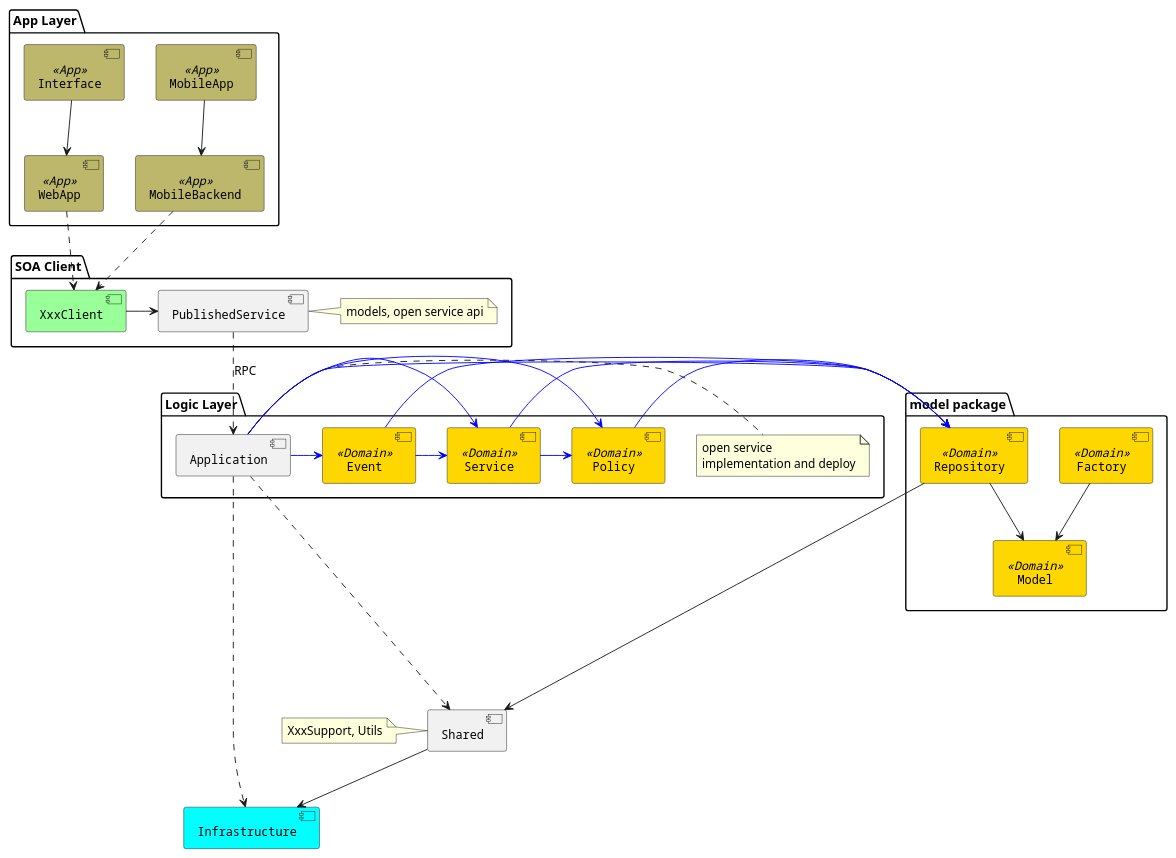
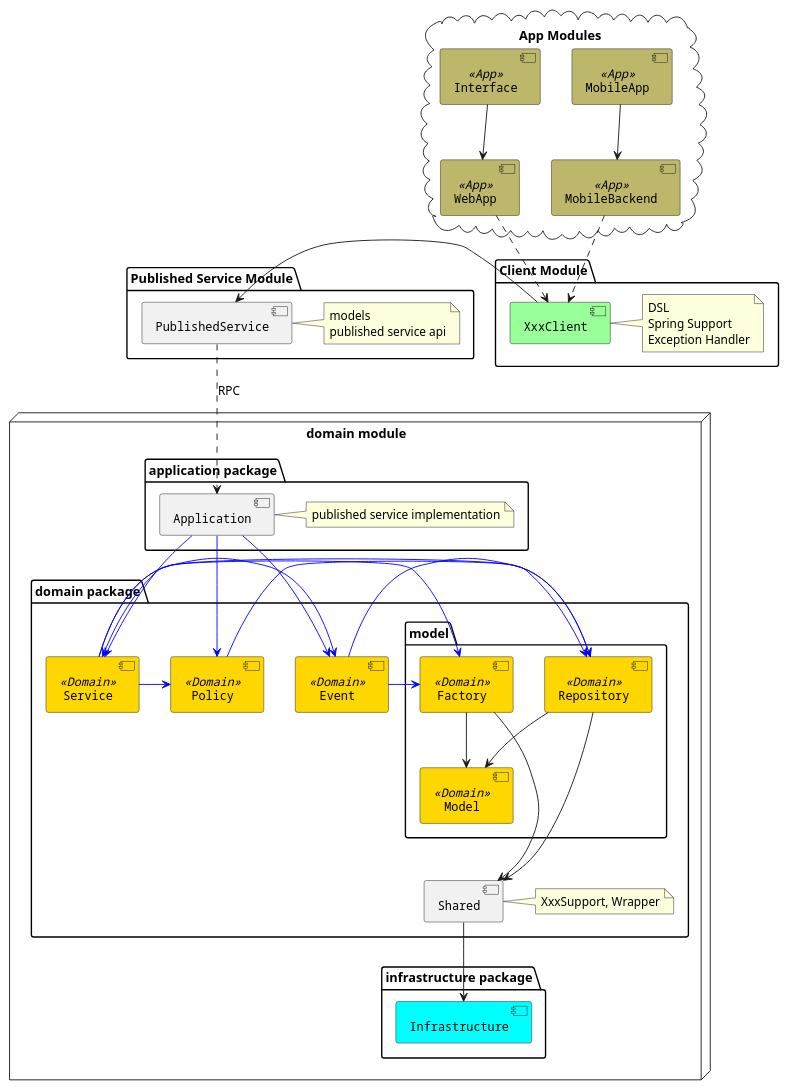
One commit to linux-china/ddd-base changed the diagram in src/main/puml/ddd-components-rpc.puml. Above: the diagram before and after it, drawn with PlantUML.

Commit message:
module splitted

```diff
--- a/src/main/puml/ddd-components-rpc.puml
+++ b/src/main/puml/ddd-components-rpc.puml
@@ -1,63 +1,74 @@
 @startuml
 
-[Infrastructure] #Aqua
-[Shared]
-note left of Shared : XxxSupport, Utils
+node "domain module" {
+    package "domain package"  {
+        package "model" {
+           [Model] <<Domain>>
+           [Repository] <<Domain>>
+           [Factory] <<Domain>>
+        }
+       [Shared]
+        note right of Shared : XxxSupport, Wrapper
+       [Service] <<Domain>>
+       [Event] <<Domain>>
+       [Policy] <<Domain>>
+    }
+    package "application package" {
+      [Application]
+      note right of Application : published service implementation
+    }
+    package "infrastructure package" {
+      [Infrastructure] #Aqua
+    }
+}
+package "Published Service Module" {
+   [PublishedService]
+   note right of PublishedService : models\npublished service api
 
-package "model package" {
-   [Model] <<Domain>>
-   [Repository] <<Domain>>
-   [Factory] <<Domain>>
 }
-package "Logic Layer" {
-   [Service] <<Domain>>
-   [Event] <<Domain>>
-   [Policy] <<Domain>>
-   [Application]
-   note right of Application : open service\nimplementation and deploy
+package "Client Module" {
+   [XxxClient] #99FF99
+   note right of XxxClient : DSL\nSpring Support\nException Handler
+
+   [XxxClient] -> [PublishedService]
 }
 
-package "SOA Client" {
-   [XxxClient] #99FF99
-   [XxxClient] -> [PublishedService]
-   note right of PublishedService : models, open service api
-}
-
-package "App Layer" {
+cloud "App Modules" {
     [WebApp] <<App>>
     [MobileBackend] <<App>>
     [Interface] <<App>>
     [MobileApp] <<App>>
 }
 
 [Shared] --> [Infrastructure]
-[Repository] --> [Shared]
+[Repository] ---> [Shared]
 [Repository] --> [Model]
+[Factory] ---> [Shared]
+[Service] -[#0000FF]> [Factory]
 [Service] -[#0000FF]> [Repository]
 [Service] -[#0000FF]> [Policy]
 [Policy] -[#0000FF]> [Repository]
 [Factory] --> [Model]
-[Event] -[#0000FF]> [Service]
+[Event] -[#0000FF]> [Factory]
+[Event] <-[#0000FF]> [Service]
 [Event] -[#0000FF]> [Repository]
-[Application] -[#0000FF]> [Repository]
-[Application] -[#0000FF]> [Service]
-[Application] -[#0000FF]> [Event]
-[Application] -[#0000FF]> [Policy]
-[Application] ....> [Infrastructure]
-[Application] ....> [Shared]
+
+[Application] -[#0000FF]-> [Service]
+[Application] -[#0000FF]-> [Event]
+[Application] -[#0000FF]-> [Policy]
 
 [PublishedService] ..> [Application]: RPC
 
 [WebApp] ..> [XxxClient]
 [Interface] --> [WebApp]
 [MobileBackend] ..> [XxxClient]
 [MobileApp] --> [MobileBackend]
 
 skinparam component {
   FontSize 13
   BackgroundColor<<Domain>> gold
   BackgroundColor<<App>> DarkKhaki
   FontName Courier
 }
 
 @enduml
```
